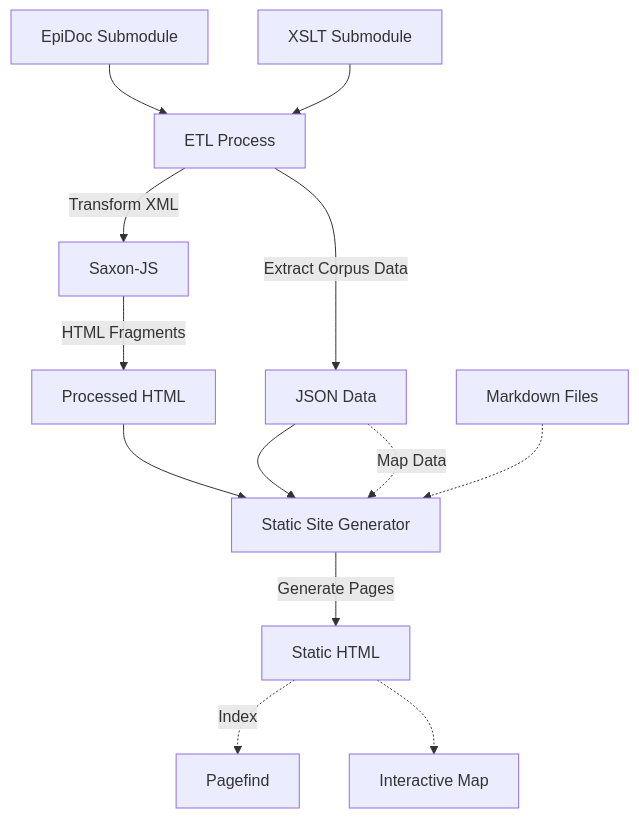
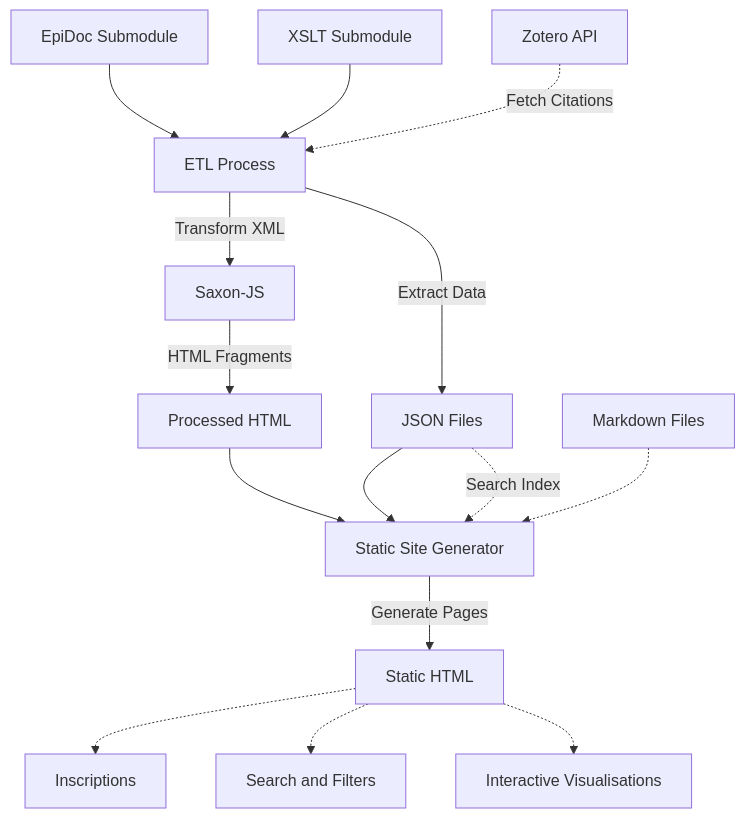
One commit to kingsdigitallab/corpus-building changed the diagram in README.md. Above: the diagram before and after it, drawn with Mermaid.

Commit message:
docs(readme): Update the workflow diagram

````diff
--- a/README.md
+++ b/README.md
@@ -26,15 +26,17 @@
 ```mermaid
 graph TD
 A[EpiDoc Submodule] --> B[ETL Process]
 X[XSLT Submodule] --> B
+Z[Zotero API] -.->|Fetch Citations| B
 B -->|Transform XML| C[Saxon-JS]
 C -->|HTML Fragments| D[Processed HTML]
-B -->|Extract Corpus Data| E[JSON Data]
+B -->|Extract Data| E[JSON Files]
 D --> F[Static Site Generator]
 E --> F
 G[Markdown Files] -.-> F
 F -->|Generate Pages| H[Static HTML]
-H -.->|Index| I[Pagefind]
-E -.->|Map Data| F
-H -.-> J[Interactive Map]
+E -.->|Search Index| F
+H -.-> I[Inscriptions]
+H -.-> K[Search and Filters]
+H -.-> J[Interactive Visualisations]
 ```
````
